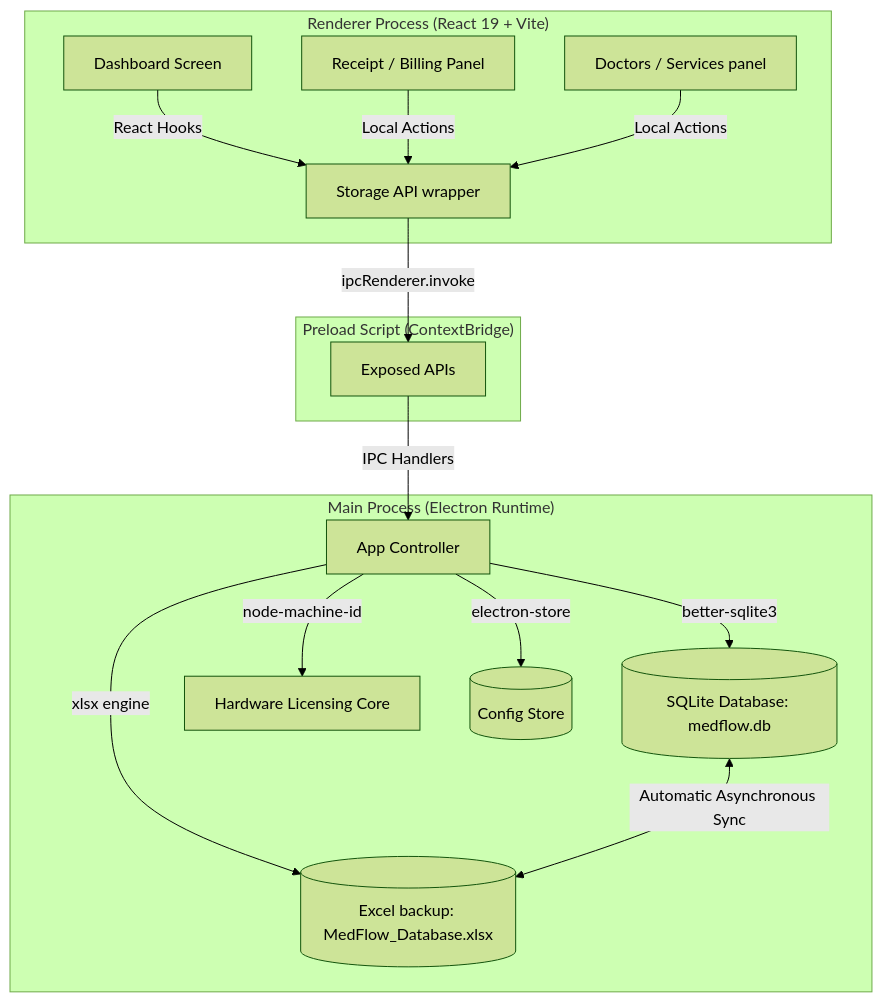
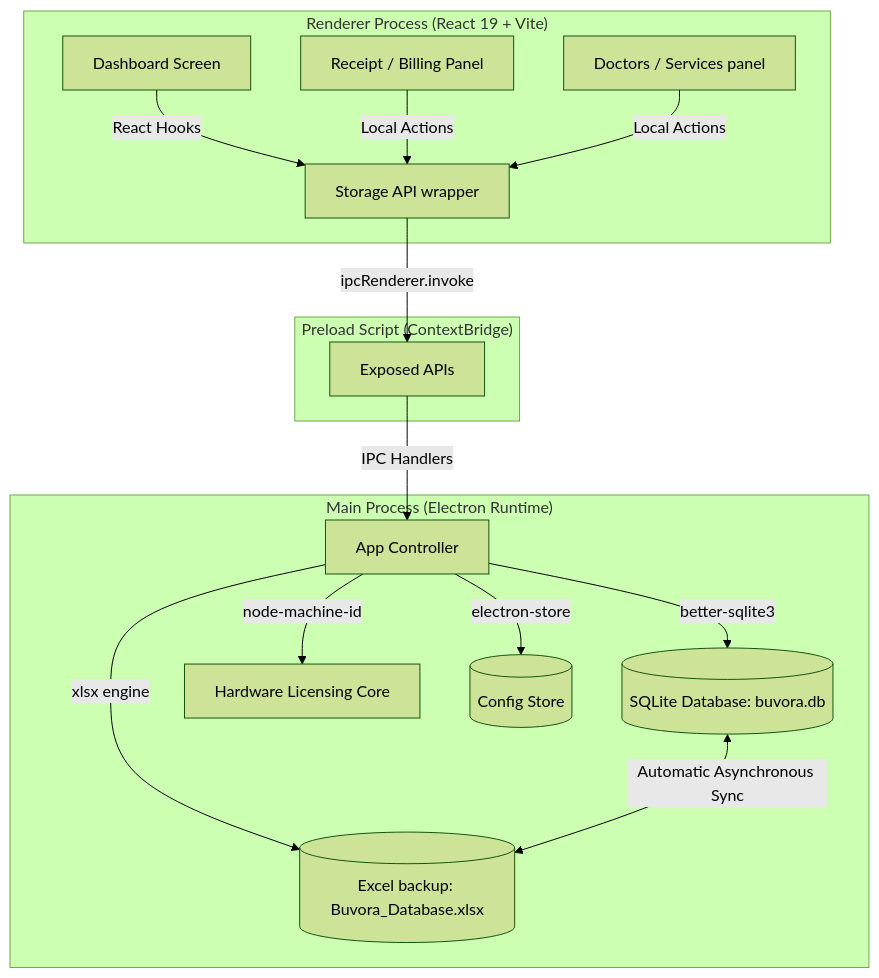
The diagram in MedFlow_Clinic_Thesis_Report.md (burhansaifee/Clinic_Receipt), drawn with Mermaid (forest theme) before and after one commit. The commit also changed other lines of this file and 14 other files, not shown here.

Commit message:
feat: rebrand to Buvora Clinic, implement WhatsApp receipt dispatching, and migrate legacy database schema.

````diff
--- a/MedFlow_Clinic_Thesis_Report.md
+++ b/MedFlow_Clinic_Thesis_Report.md
@@ -46,22 +46,22 @@
 ```mermaid
 graph TD
     subgraph UI_Renderer ["Renderer Process (React 19 + Vite)"]
         A[Dashboard Screen] -->|React Hooks| B[Storage API wrapper]
         C[Receipt / Billing Panel] -->|Local Actions| B
         D[Doctors / Services panel] -->|Local Actions| B
     end
 
     subgraph Secure_IPC_Bridge ["Preload Script (ContextBridge)"]
         B -->|ipcRenderer.invoke| E[Exposed APIs]
     end
 
     subgraph Main_Desktop_Process ["Main Process (Electron Runtime)"]
         E -->|IPC Handlers| F[App Controller]
-        F -->|better-sqlite3| G[(SQLite Database: medflow.db)]
-        F -->|xlsx engine| H[(Excel backup: MedFlow_Database.xlsx)]
+        F -->|better-sqlite3| G[(SQLite Database: buvora.db)]
+        F -->|xlsx engine| H[(Excel backup: Buvora_Database.xlsx)]
         F -->|node-machine-id| I[Hardware Licensing Core]
         F -->|electron-store| J[(Config Store)]
     end
 
     G <-->|Automatic Asynchronous Sync| H
 ```
````
